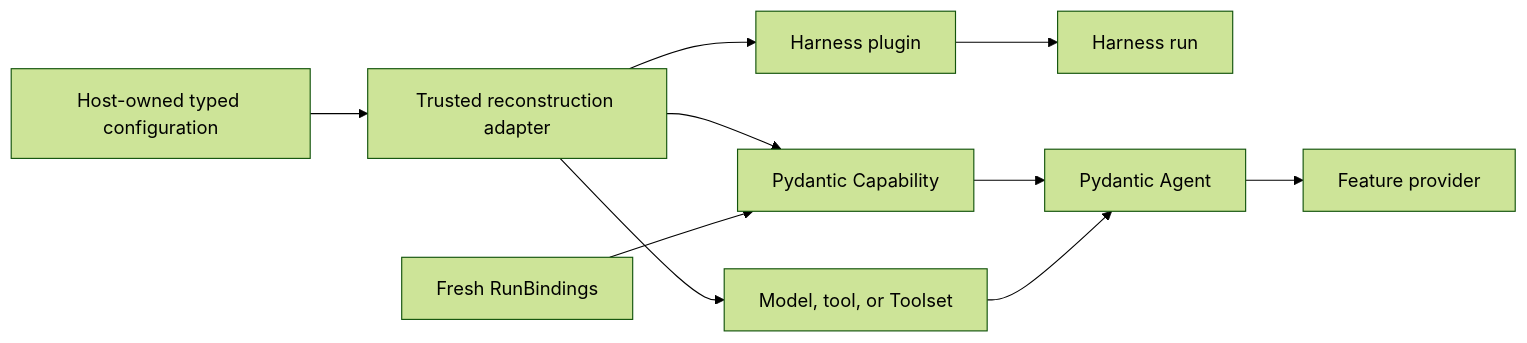
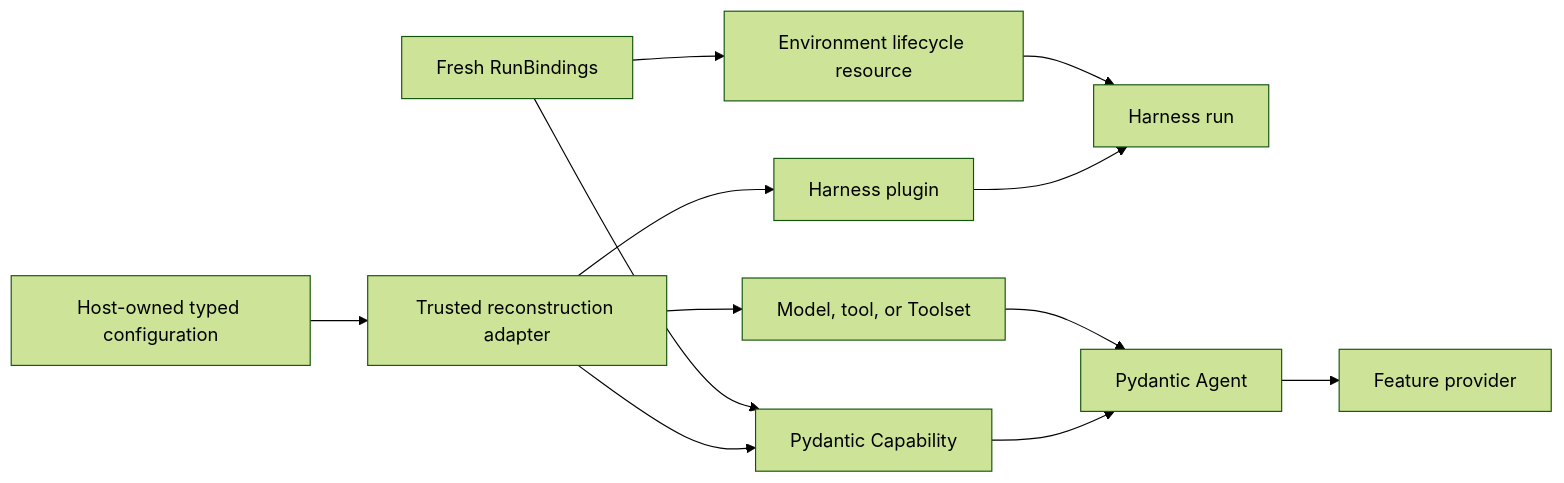
One commit to LTThreeComma/agent-foundation changed the third of 4 diagrams in spec/README.md. Above: the diagram before and after it, drawn with Mermaid (forest theme). The commit also changed other lines of this file and 25 other files, not shown here.

Commit message:
docs(harness): finalize environment and compact refs

````diff
--- a/spec/README.md
+++ b/spec/README.md
@@ -176,11 +176,13 @@
 ```mermaid
 flowchart LR
     HostConfig[Host-owned typed configuration] --> Adapter[Trusted reconstruction adapter]
     Adapter --> Plugin[Harness plugin]
     Adapter --> Capability[Pydantic Capability]
     Adapter --> Native[Model, tool, or Toolset]
     RunAuthority[Fresh RunBindings] --> Capability
+    RunAuthority --> Environment[Environment lifecycle resource]
     Plugin --> Harness[Harness run]
     Capability & Native --> Agent[Pydantic Agent]
+    Environment --> Harness
     Agent --> Provider[Feature provider]
 ```
````
